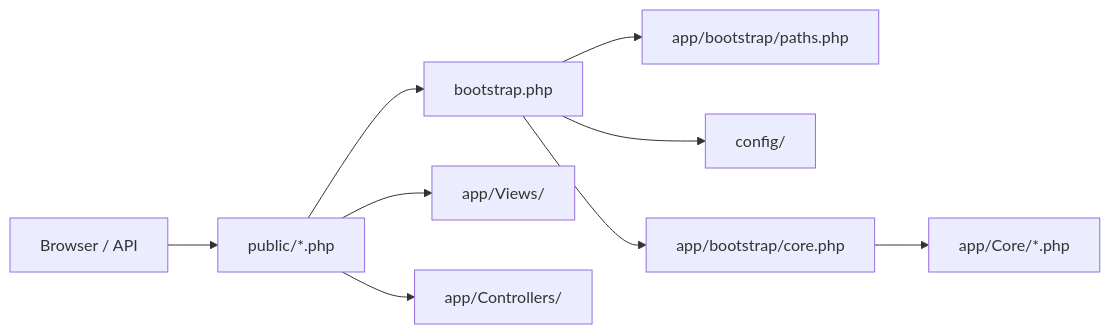
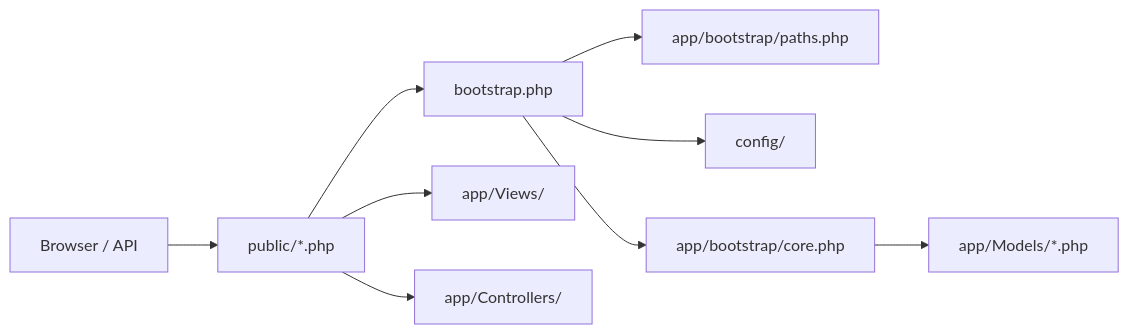
The diagram in docs/ARCHITECTURE.md (Mao-SokHun/Villages-Connection), drawn with Mermaid before and after one commit. The commit also changed other lines of this file and 249 other files, not shown here.

````diff
--- a/docs/ARCHITECTURE.md
+++ b/docs/ARCHITECTURE.md
@@ -54,11 +52,11 @@
 ```mermaid
 flowchart LR
     A[Browser / API] --> B[public/*.php]
     B --> C[bootstrap.php]
     C --> D[app/bootstrap/paths.php]
     C --> E[config/]
     C --> F[app/bootstrap/core.php]
-    F --> G[app/Core/*.php]
+    F --> G[app/Models/*.php]
     B --> H[app/Views/]
     B --> I[app/Controllers/]
 ```
````
